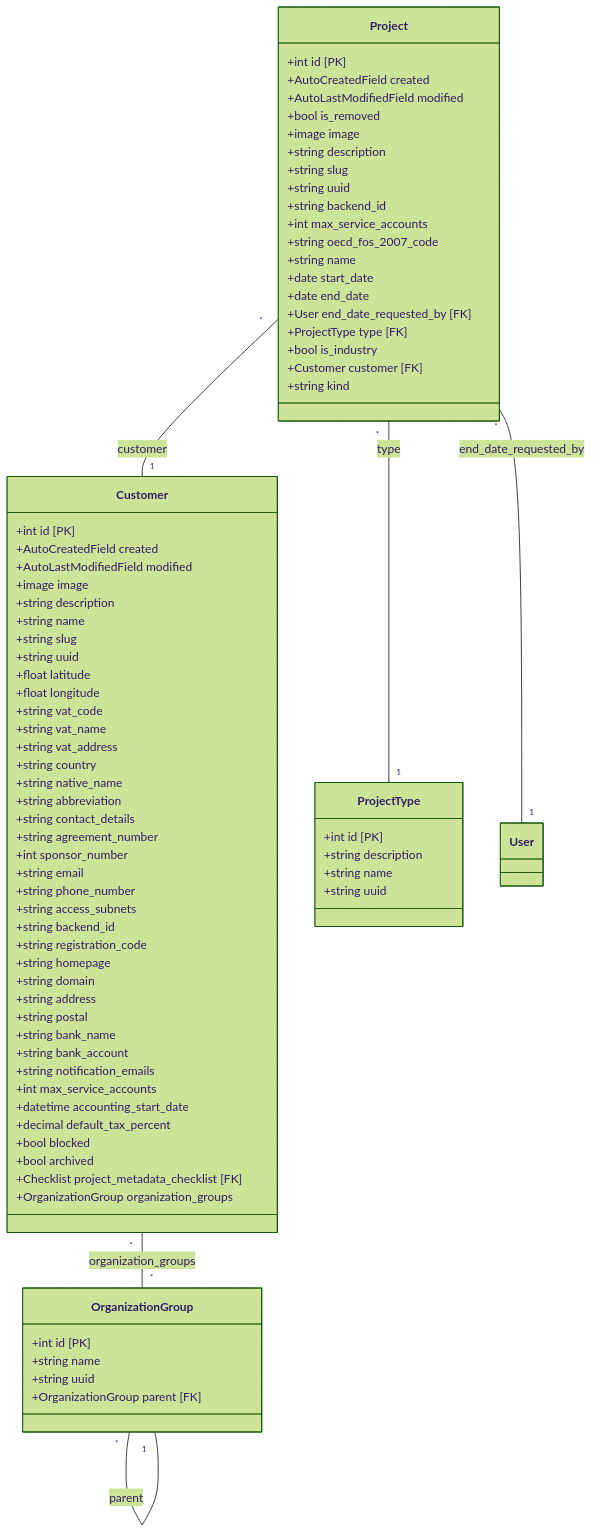
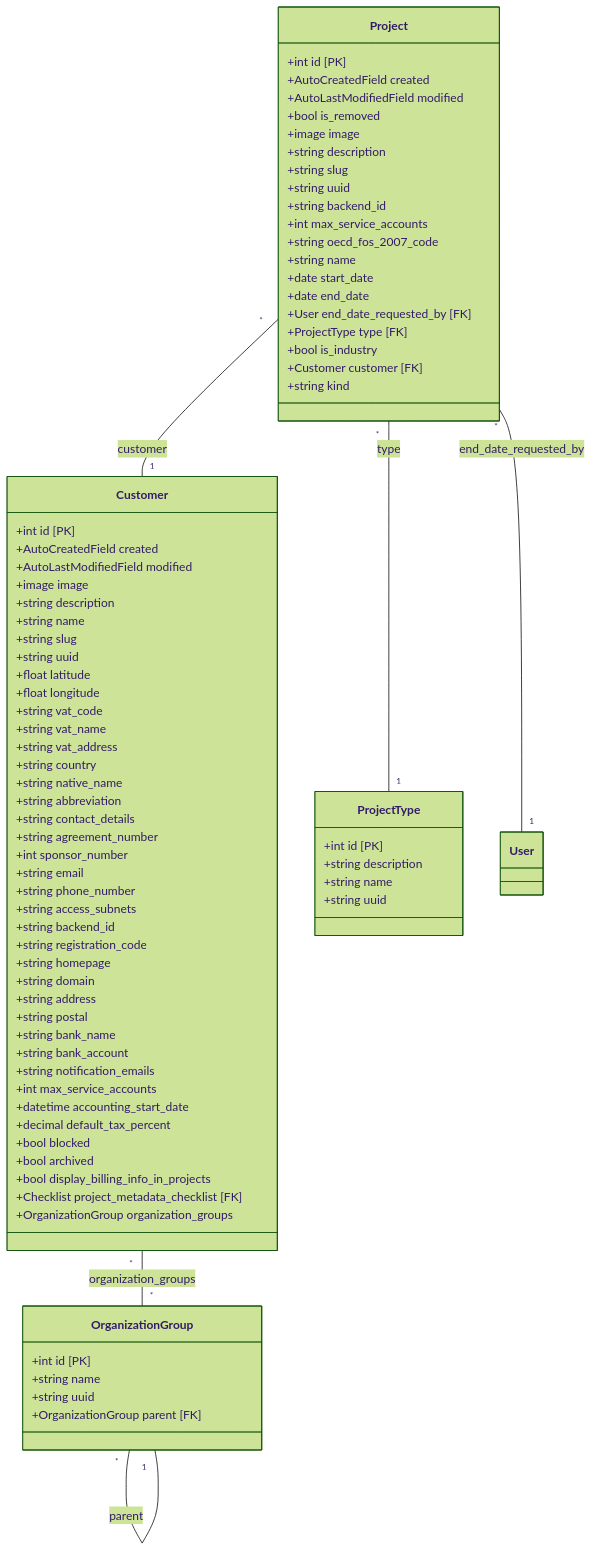
The diagram in docs/developer-guide/core_structure.mmd (waldur/waldur-docs), drawn with Mermaid (forest theme) before and after one commit.

Commit message:
Update configuration, CLI and developer guide

```diff
--- a/docs/developer-guide/core_structure.mmd
+++ b/docs/developer-guide/core_structure.mmd
@@ -1,80 +1,81 @@
 classDiagram
     direction TB
     class OrganizationGroup {
         +int id [PK]
         +string name
         +string uuid
         +OrganizationGroup parent [FK]
     }
     class Customer {
         +int id [PK]
         +AutoCreatedField created
         +AutoLastModifiedField modified
         +image image
         +string description
         +string name
         +string slug
         +string uuid
         +float latitude
         +float longitude
         +string vat_code
         +string vat_name
         +string vat_address
         +string country
         +string native_name
         +string abbreviation
         +string contact_details
         +string agreement_number
         +int sponsor_number
         +string email
         +string phone_number
         +string access_subnets
         +string backend_id
         +string registration_code
         +string homepage
         +string domain
         +string address
         +string postal
         +string bank_name
         +string bank_account
         +string notification_emails
         +int max_service_accounts
         +datetime accounting_start_date
         +decimal default_tax_percent
         +bool blocked
         +bool archived
+        +bool display_billing_info_in_projects
         +Checklist project_metadata_checklist [FK]
         +OrganizationGroup organization_groups
     }
     class ProjectType {
         +int id [PK]
         +string description
         +string name
         +string uuid
     }
     class Project {
         +int id [PK]
         +AutoCreatedField created
         +AutoLastModifiedField modified
         +bool is_removed
         +image image
         +string description
         +string slug
         +string uuid
         +string backend_id
         +int max_service_accounts
         +string oecd_fos_2007_code
         +string name
         +date start_date
         +date end_date
         +User end_date_requested_by [FK]
         +ProjectType type [FK]
         +bool is_industry
         +Customer customer [FK]
         +string kind
     }
     Customer "*" -- "*" OrganizationGroup : organization_groups
     OrganizationGroup "*" -- "1" OrganizationGroup : parent
     Project "*" -- "1" Customer : customer
     Project "*" -- "1" ProjectType : type
     Project "*" -- "1" User : end_date_requested_by
```
